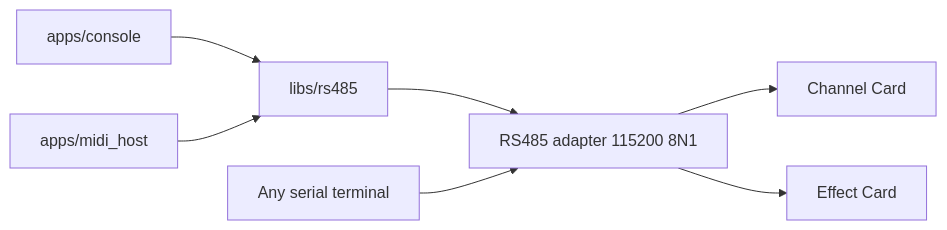
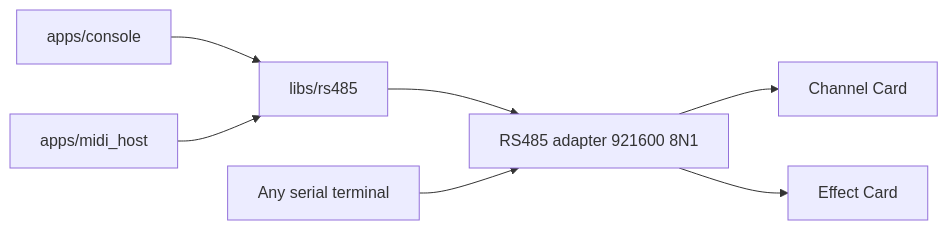
Before and after one commit to narendrabhatt-freshwater/firmware: the diagram in docs/rs485_console_architecture.md, drawn with Mermaid. The commit also changed other lines of this file and 15 other files, not shown here.

````diff
--- a/docs/rs485_console_architecture.md
+++ b/docs/rs485_console_architecture.md
@@ -20,16 +20,16 @@
 ```mermaid
 flowchart LR
   Term[Any serial terminal]
   Con[apps/console]
   Midi[apps/midi_host]
   Lib[libs/rs485]
-  Bus[RS485 adapter 115200 8N1]
+  Bus[RS485 adapter 921600 8N1]
   CC[Channel Card]
   EC[Effect Card]
   Con --> Lib
   Midi --> Lib
   Lib --> Bus
   Term --> Bus
   Bus --> CC
   Bus --> EC
 ```
````
